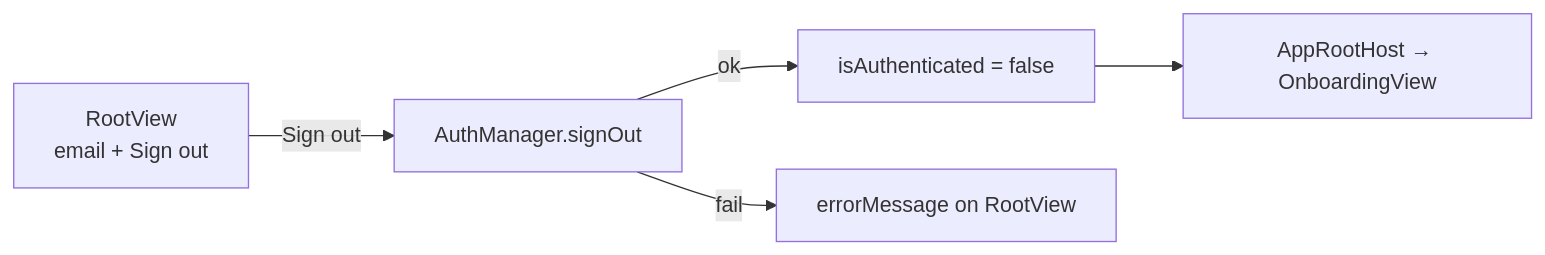
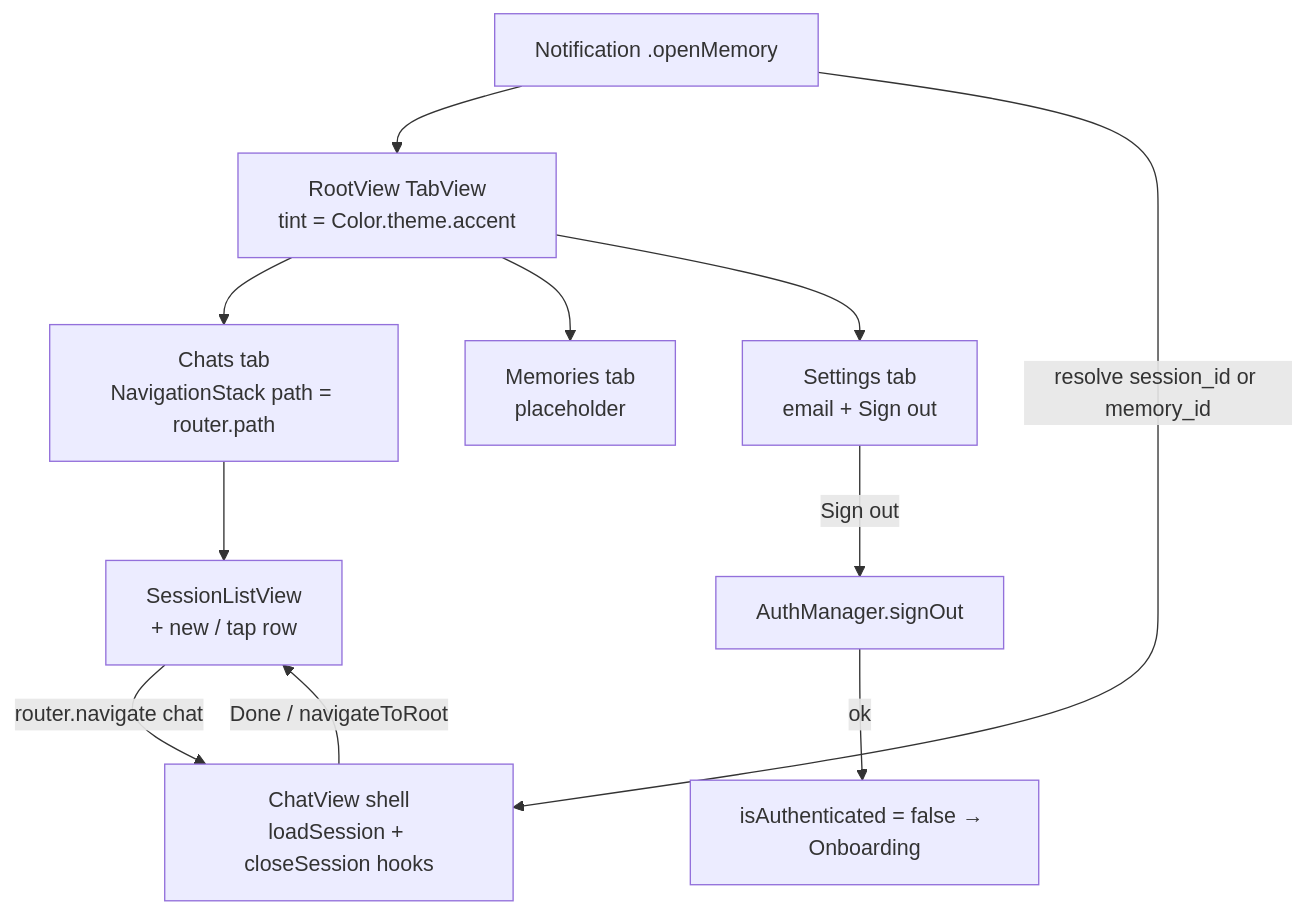
Before and after one commit to Shayokh144/Mind_Mapper: the fifth of 6 diagrams in docs/design/app-flow.md, drawn with Mermaid. The commit also changed other lines of this file and 35 other files, not shown here.

````diff
--- a/docs/design/app-flow.md
+++ b/docs/design/app-flow.md
@@ -142,7 +144,13 @@
 ```mermaid
-flowchart LR
-    R["RootView<br/>email + Sign out"] -->|Sign out| SO["AuthManager.signOut"]
-    SO -->|ok| O["isAuthenticated = false"]
-    O --> Onb["AppRootHost → OnboardingView"]
-    SO -->|fail| Err["errorMessage on RootView"]
+flowchart TD
+    R["RootView TabView<br/>tint = Color.theme.accent"] --> C["Chats tab<br/>NavigationStack path = router.path"]
+    R --> M["Memories tab<br/>placeholder"]
+    R --> S["Settings tab<br/>email + Sign out"]
+    C --> L["SessionListView<br/>+ new / tap row"]
+    L -->|router.navigate chat| Chat["ChatView shell<br/>loadSession + closeSession hooks"]
+    Chat -->|Done / navigateToRoot| L
+    S -->|Sign out| SO["AuthManager.signOut"]
+    SO -->|ok| O["isAuthenticated = false → Onboarding"]
+    N["Notification .openMemory"] --> R
+    N -->|resolve session_id or memory_id| Chat
 ```
````
